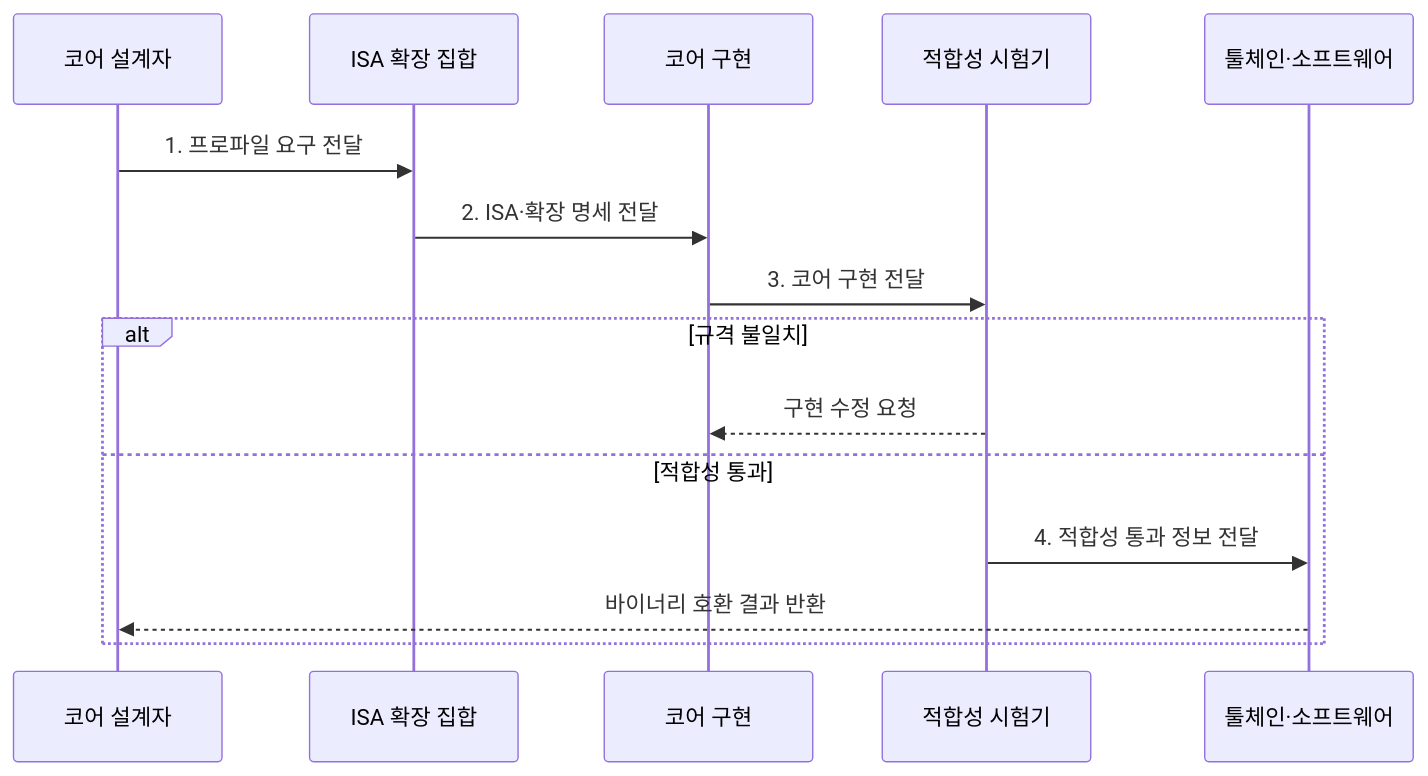
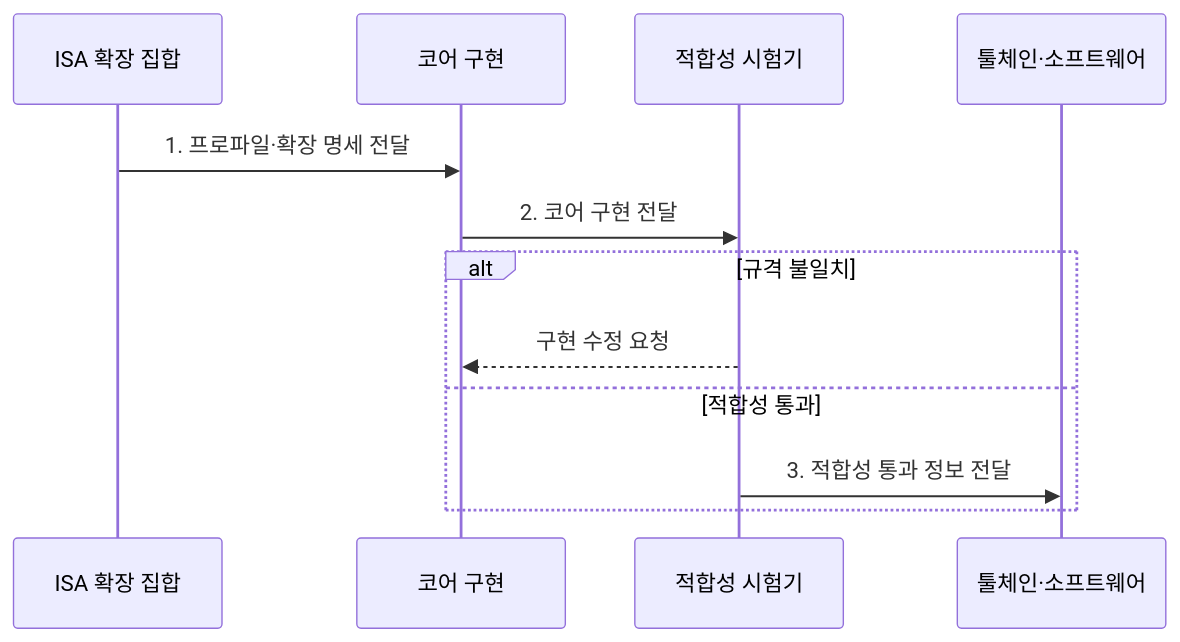
One commit to agnusdei1207/knowledge-base changed the second of 2 diagrams in src/content/docs/notes/02-hardware/004_risc_v.md. Above: the diagram before and after it, drawn with Mermaid. The commit also changed other lines of this file and 3 other files, not shown here.

Commit message:
Simplify processor architecture flows

````diff
--- a/src/content/docs/notes/02-hardware/004_risc_v.md
+++ b/src/content/docs/notes/02-hardware/004_risc_v.md
@@ -96,17 +96,14 @@
 ```mermaid
 sequenceDiagram
-    participant D as 코어 설계자
     participant E as ISA 확장 집합
     participant C as 코어 구현
     participant T as 적합성 시험기
     participant S as 툴체인·소프트웨어
-    D->>E: 1. 프로파일 요구 전달
-    E->>C: 2. ISA·확장 명세 전달
-    C->>T: 3. 코어 구현 전달
+    E->>C: 1. 프로파일·확장 명세 전달
+    C->>T: 2. 코어 구현 전달
     alt 규격 불일치
         T-->>C: 구현 수정 요청
     else 적합성 통과
-        T->>S: 4. 적합성 통과 정보 전달
-        S-->>D: 바이너리 호환 결과 반환
+        T->>S: 3. 적합성 통과 정보 전달
     end
 ```
````
